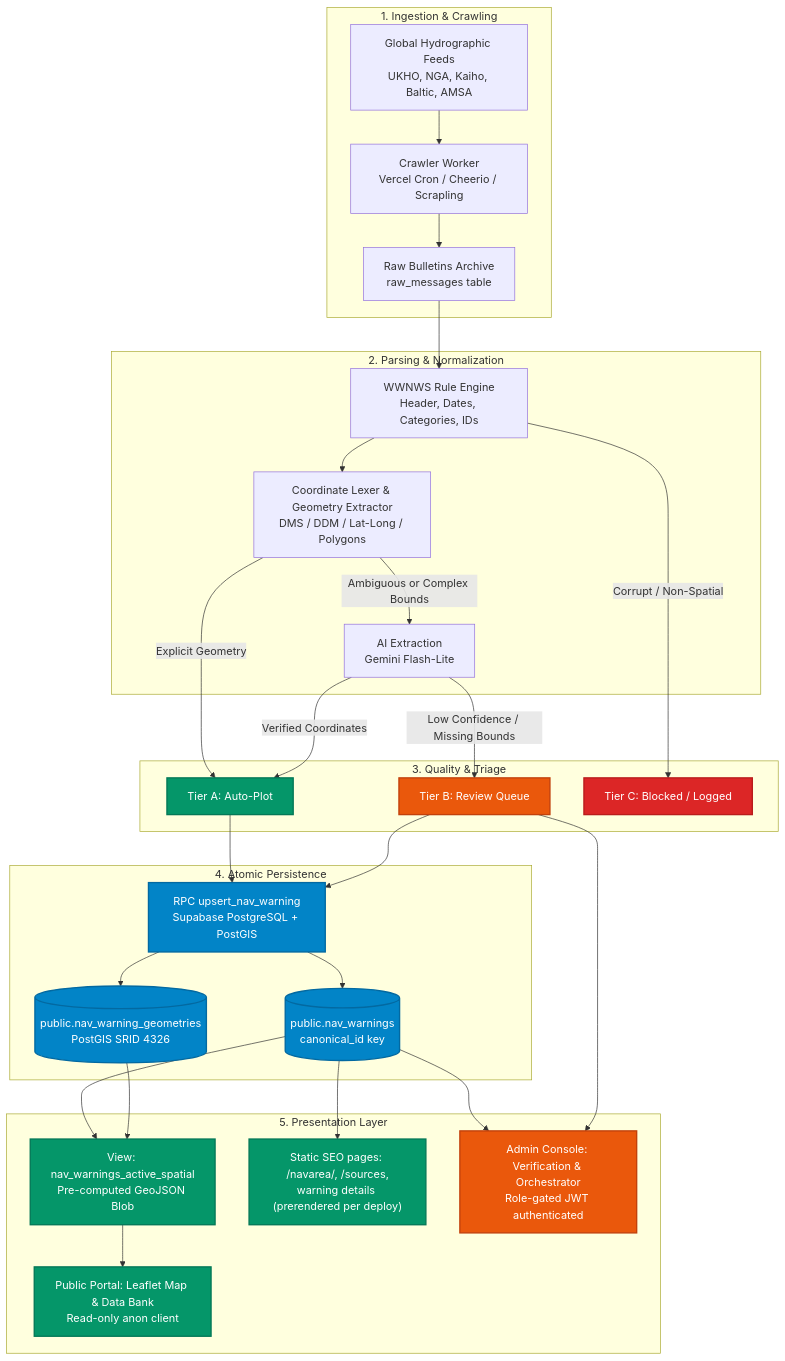
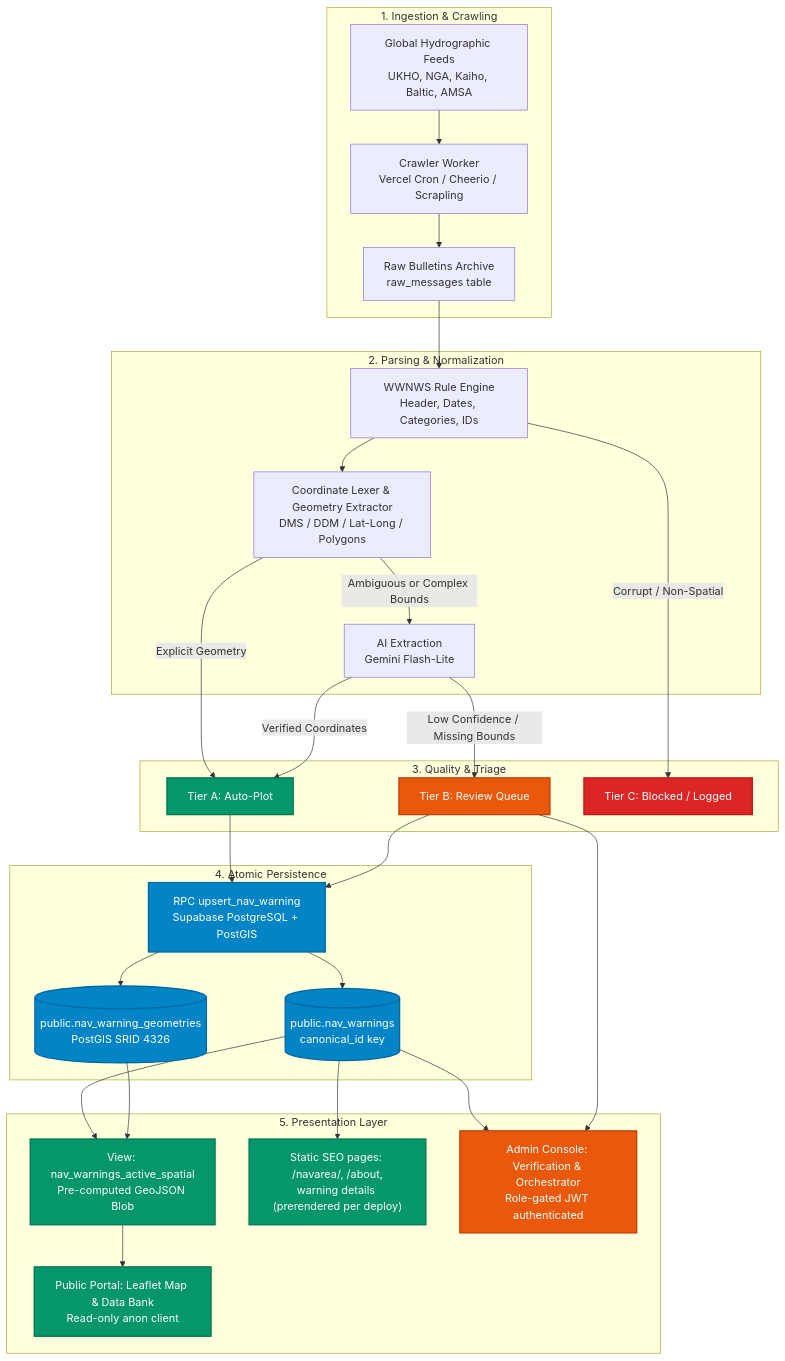
The diagram in README.md (alfredpanakkal/helm.navwarning), drawn with Mermaid before and after one commit. The commit also changed other lines of this file and 8 other files, not shown here.

First line of the commit message:
feat(public): merge /sources registry into a combined /about page

````diff
--- a/README.md
+++ b/README.md
@@ -83,44 +83,44 @@
 ```mermaid
 flowchart TD
     subgraph INGESTION["1. Ingestion & Crawling"]
         A[Global Hydrographic Feeds<br/>UKHO, NGA, Kaiho, Baltic, AMSA] --> B[Crawler Worker<br/>Vercel Cron / Cheerio / Scrapling]
         B --> C[Raw Bulletins Archive<br/>raw_messages table]
     end
 
     subgraph PROCESSING["2. Parsing & Normalization"]
         C --> D[WWNWS Rule Engine<br/>Header, Dates, Categories, IDs]
         D --> E[Coordinate Lexer & Geometry Extractor<br/>DMS / DDM / Lat-Long / Polygons]
         E -->|Ambiguous or Complex Bounds| F[AI Extraction<br/>Gemini Flash-Lite]
     end
 
     subgraph TRIAGE["3. Quality & Triage"]
         E -->|Explicit Geometry| G[Tier A: Auto-Plot]
         F -->|Verified Coordinates| G
         F -->|Low Confidence / Missing Bounds| H[Tier B: Review Queue]
         D -->|Corrupt / Non-Spatial| I[Tier C: Blocked / Logged]
     end
 
     subgraph PERSISTENCE["4. Atomic Persistence"]
         G --> J[RPC upsert_nav_warning<br/>Supabase PostgreSQL + PostGIS]
         H --> J
         J --> K[(public.nav_warnings<br/>canonical_id key)]
         J --> L[(public.nav_warning_geometries<br/>PostGIS SRID 4326)]
     end
 
     subgraph PRESENTATION["5. Presentation Layer"]
         K & L --> M[View: nav_warnings_active_spatial<br/>Pre-computed GeoJSON Blob]
         M --> N[Public Portal: Leaflet Map & Data Bank<br/>Read-only anon client]
-        K --> P["Static SEO pages: /navarea/<RN>, /sources,<br/>warning details (prerendered per deploy)"]
+        K --> P["Static SEO pages: /navarea/<RN>, /about,<br/>warning details (prerendered per deploy)"]
         K & H --> O[Admin Console: Verification & Orchestrator<br/>Role-gated JWT authenticated]
     end
 
     classDef primary fill:#0284c7,stroke:#0369a1,stroke-width:2px,color:#fff;
     classDef success fill:#059669,stroke:#047857,stroke-width:2px,color:#fff;
     classDef warning fill:#ea580c,stroke:#c2410c,stroke-width:2px,color:#fff;
     classDef danger fill:#dc2626,stroke:#b91c1c,stroke-width:2px,color:#fff;
 
     class G,M,N,P success;
     class H,O warning;
     class I danger;
     class J,K,L primary;
 ```
````
